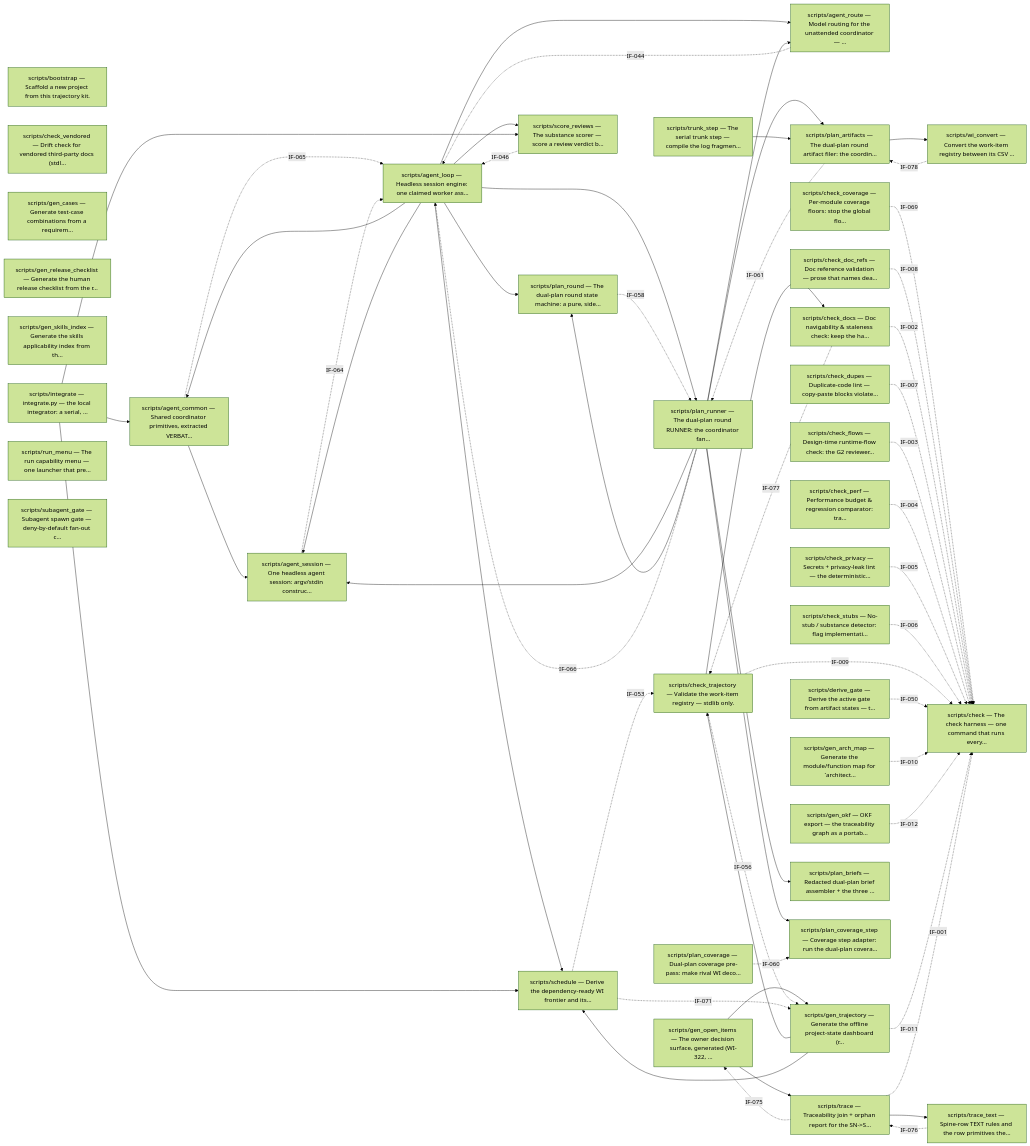
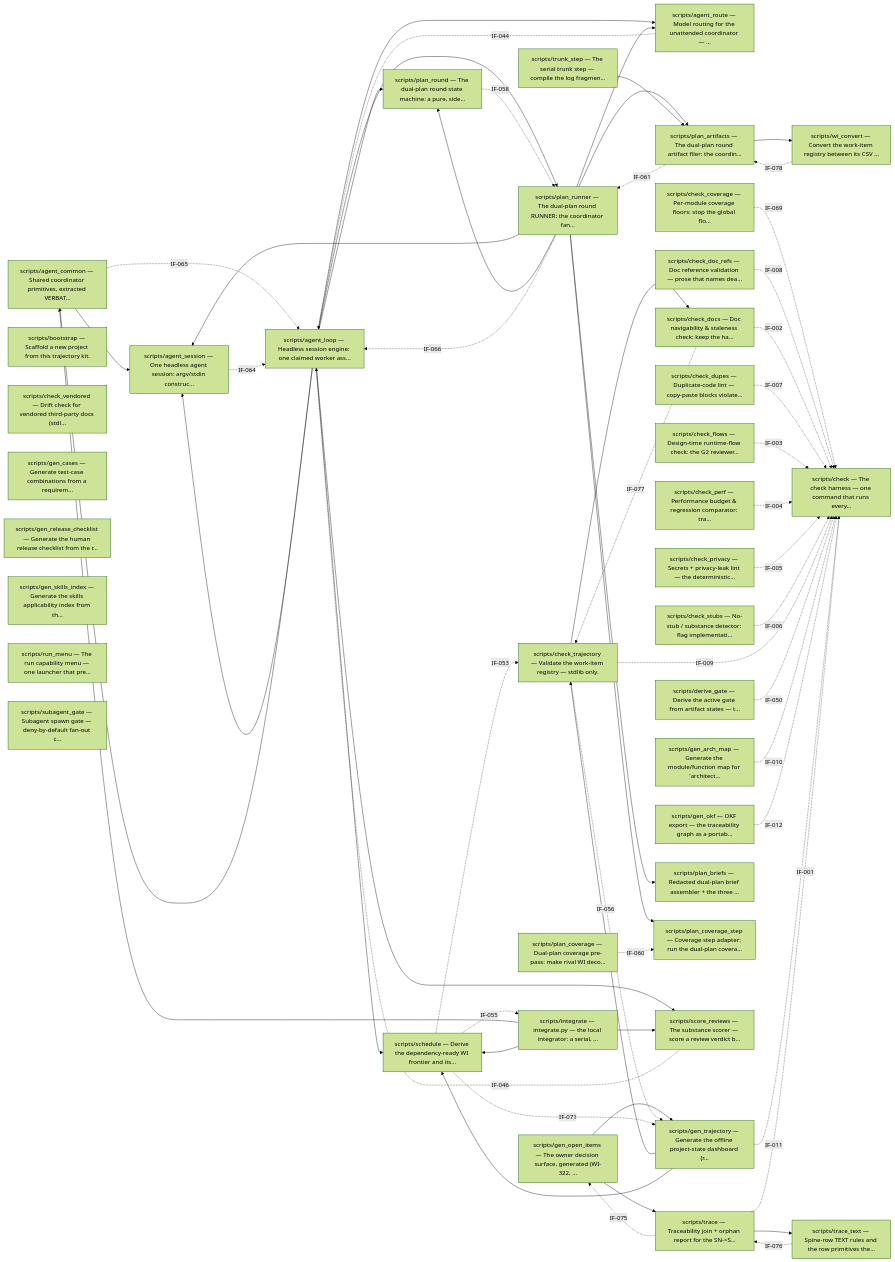
One commit to diytechy/ai-template changed the first of 4 diagrams in docs/architecture.md. Above: the diagram before and after it, drawn with Mermaid (forest theme). The commit also changed other lines of this file and 89 other files, not shown here.

```diff
--- a/docs/architecture.md
+++ b/docs/architecture.md
@@ -124,6 +124,7 @@
     m_scripts_plan_runner -. IF-066 .-> m_scripts_agent_loop
     m_scripts_schedule -. IF-053 .-> m_scripts_check_trajectory
     m_scripts_schedule -. IF-071 .-> m_scripts_gen_trajectory
+    m_scripts_schedule -. IF-055 .-> m_scripts_integrate
     m_scripts_score_reviews -. IF-046 .-> m_scripts_agent_loop
     m_scripts_trace -. IF-001 .-> m_scripts_check
     m_scripts_trace -. IF-075 .-> m_scripts_gen_open_items
```
